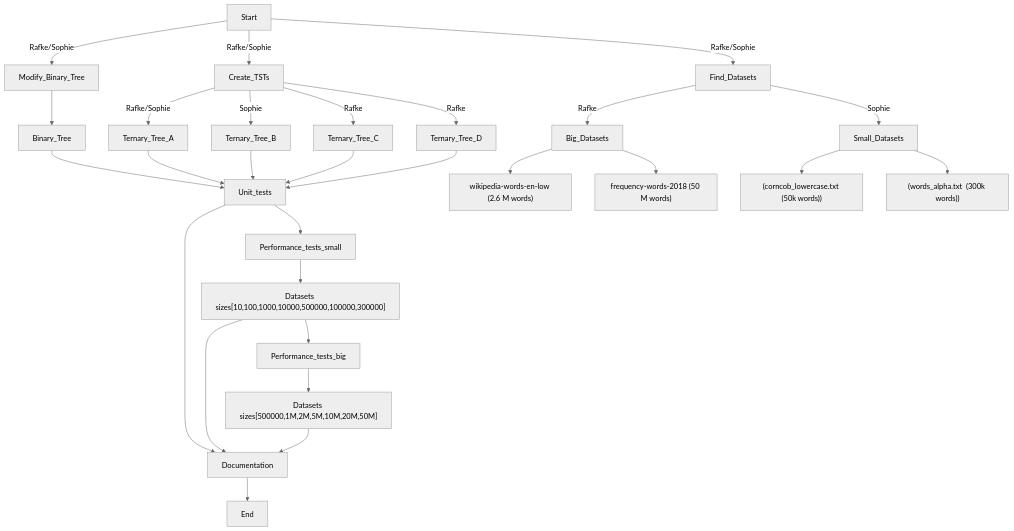
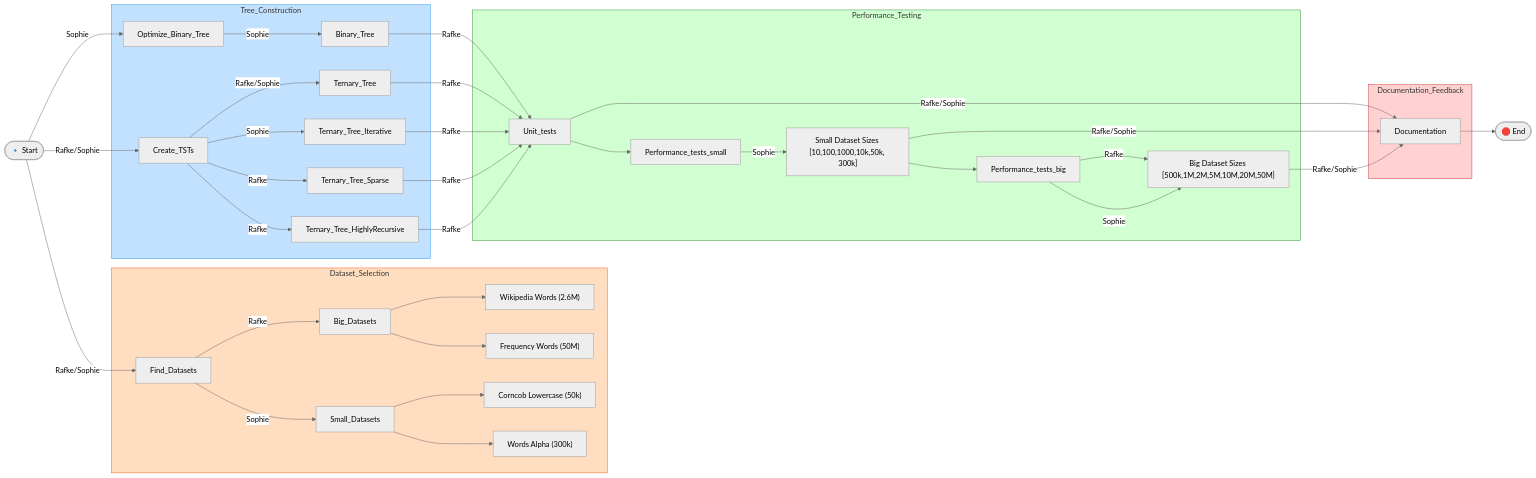
One commit to r-niemans/CDS_ternarysearchtree changed the first of 2 diagrams in README.md. Above: the diagram before and after it, drawn with Mermaid (neutral theme). The commit also changed other lines of this file, not shown here.

Commit message:
Update README.md
Update the flowchart.
Modify the formatting of the paragraph for better readability.

````diff
--- a/README.md
+++ b/README.md
@@ -7,29 +7,47 @@
 ```mermaid
-flowchart TD
-    Start-- Rafke/Sophie -->Create_TSTs
-    Create_TSTs--Rafke/Sophie -->Ternary_Tree_A
-    Create_TSTs--Sophie-->Ternary_Tree_B
-    Create_TSTs--Rafke-->Ternary_Tree_C
-    Create_TSTs--Rafke-->Ternary_Tree_D
-    Binary_Tree --> Unit_tests
-    Ternary_Tree_A --> Unit_tests
-    Ternary_Tree_B --> Unit_tests
-    Ternary_Tree_C --> Unit_tests
-    Ternary_Tree_D --> Unit_tests
-    Unit_tests --> Performance_tests_small
-    Performance_tests_small --> id5["Datasets sizes[10,100,1000,10000,500000,100000,300000]"]
-    id5 --> Performance_tests_big
-    Performance_tests_big --> id6["Datasets sizes[500000,1M,2M,5M,10M,20M,50M]"]
-    Start-- Rafke/Sophie -->Modify_Binary_Tree --> Binary_Tree
-    Start-- Rafke/Sophie -->Find_Datasets
-    Find_Datasets -- Rafke --> Big_Datasets
-    Find_Datasets -- Sophie --> Small_Datasets
-    Big_Datasets --> id1["wikipedia-words-en-low (2.6 M words)"]
-    Big_Datasets --> id2["frequency-words-2018 (50 M words)"]
-    Small_Datasets --> id3["(corncob_lowercase.txt (50k words))"]
-    Small_Datasets --> id4["(words_alpha.txt  (300k words))"]
-    Unit_tests --> Documentation
-    id5 --> Documentation
-    id6 --> Documentation
-    Documentation --> End
+flowchart LR
+    Start(["🔹 Start"])-- Rafke/Sophie -->Find_Datasets
+    Start(["🔹 Start"])-- Rafke/Sophie -->Create_TSTs
+    Start(["🔹 Start"])--Sophie-->Optimize_Binary_Tree
+
+    subgraph Dataset_Selection
+        Find_Datasets -- Rafke --> Big_Datasets
+        Find_Datasets -- Sophie --> Small_Datasets
+        Big_Datasets --> id1["Wikipedia Words (2.6M)"]
+        Big_Datasets --> id2["Frequency Words (50M)"]
+        Small_Datasets --> id3["Corncob Lowercase (50k)"]
+        Small_Datasets --> id4["Words Alpha (300k)"]
+    end
+    style Dataset_Selection fill:#FFDDC1,stroke:#FF5722
+
+    subgraph Tree_Construction
+        Create_TSTs--Rafke/Sophie -->Ternary_Tree
+        Create_TSTs--Sophie-->Ternary_Tree_Iterative
+        Create_TSTs--Rafke-->Ternary_Tree_Sparse
+        Create_TSTs--Rafke-->Ternary_Tree_HighlyRecursive
+        Optimize_Binary_Tree--Sophie-->Binary_Tree
+    end
+    style Tree_Construction fill:#C1E1FF,stroke:#2196F3
+
+    subgraph Performance_Testing
+        Binary_Tree --Rafke--> Unit_tests
+        Ternary_Tree --Rafke--> Unit_tests
+        Ternary_Tree_Iterative --Rafke--> Unit_tests
+        Ternary_Tree_Sparse --Rafke--> Unit_tests
+        Ternary_Tree_HighlyRecursive --Rafke--> Unit_tests
+        Unit_tests --> Performance_tests_small
+        Performance_tests_small --Sophie--> id5["Small Dataset Sizes [10,100,1000,10k,50k, 300k]"]
+        id5 --> Performance_tests_big
+        Performance_tests_big --Rafke--> id6["Big Dataset Sizes [500k,1M,2M,5M,10M,20M,50M]"]
+        Performance_tests_big --Sophie--> id6["Big Dataset Sizes [500k,1M,2M,5M,10M,20M,50M]"]
+    end
+    style Performance_Testing fill:#D1FFD1,stroke:#388E3C
+
+    subgraph Documentation_Feedback
+        Unit_tests --Rafke/Sophie --> Documentation
+        id5 --Rafke/Sophie --> Documentation
+        id6 --Rafke/Sophie --> Documentation
+    end
+    style Documentation_Feedback fill:#FFD1D1,stroke:#D32F2F
+    Documentation --> End(["🛑 End"])
 ```
````
